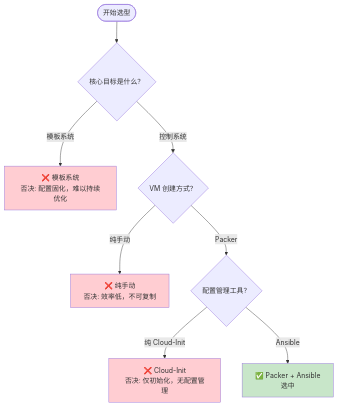
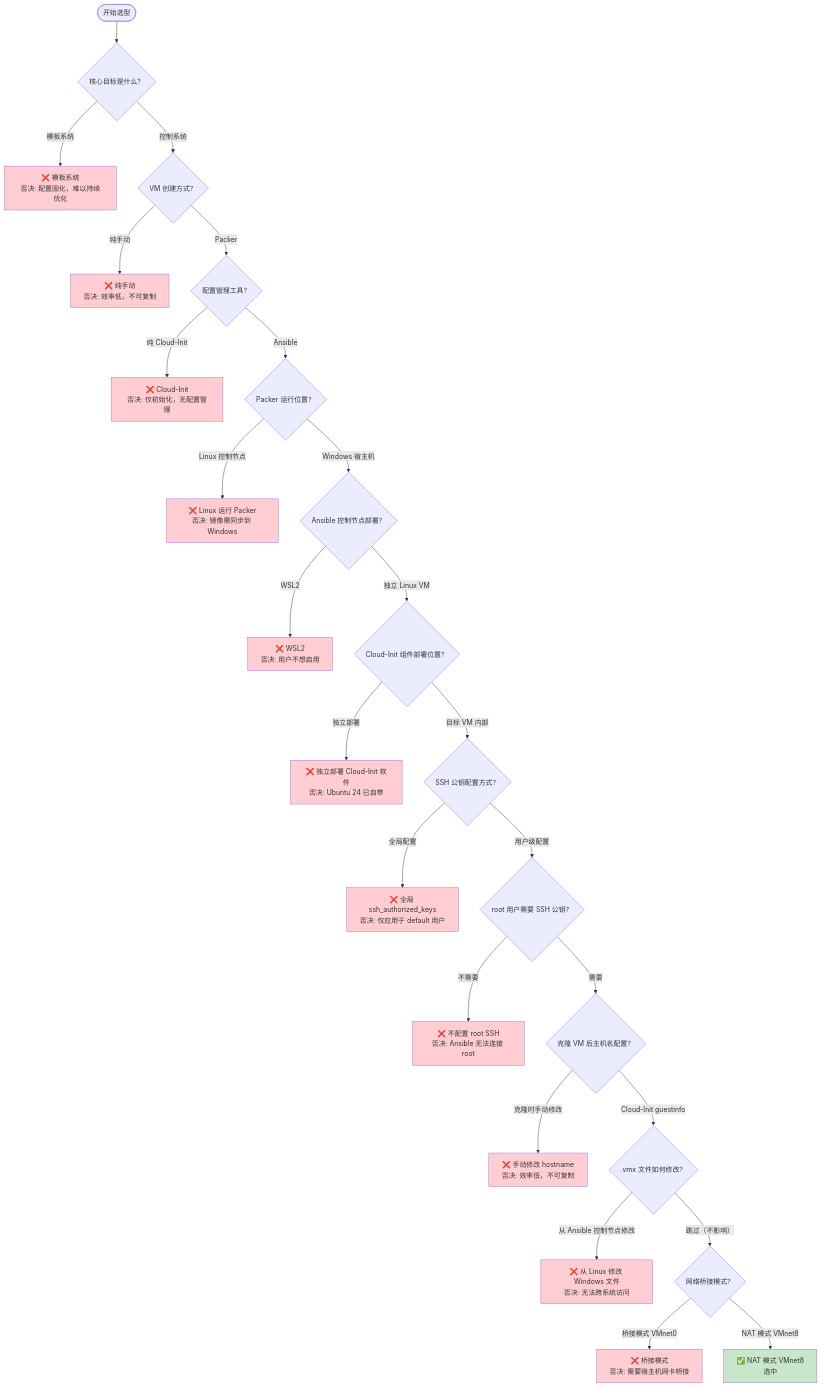
The diagram in doc/decision-trees/2026-05-13-VMware自动化方案测试决策树.md (chujun/aiubuntu1-sh), drawn with Mermaid before and after one commit. The commit also changed other lines of this file, not shown here.

````diff
--- a/doc/decision-trees/2026-05-13-VMware自动化方案测试决策树.md
+++ b/doc/decision-trees/2026-05-13-VMware自动化方案测试决策树.md
@@ -12,21 +35,61 @@
 ```mermaid
 flowchart TD
     START(["开始选型"]) --> Q1
 
     Q1{"核心目标是什么？"}
     Q1 -->|"模板系统"| TEMPLATE_END["❌ 模板系统<br/>否决: 配置固化，难以持续优化"]
     Q1 -->|"控制系统"| Q2
 
     Q2{"VM 创建方式？"}
     Q2 -->|"纯手动"| MANUAL_END["❌ 纯手动<br/>否决: 效率低，不可复制"]
     Q2 -->|"Packer"| Q3
 
     Q3{"配置管理工具？"}
     Q3 -->|"纯 Cloud-Init"| CLOUDINIT_END["❌ Cloud-Init<br/>否决: 仅初始化，无配置管理"]
-    Q3 -->|"Ansible"| FINAL["✅ Packer + Ansible<br/>选中"]
+    Q3 -->|"Ansible"| Q4
+
+    Q4{"Packer 运行位置？"}
+    Q4 -->|"Linux 控制节点"| PACKER_LINUX_END["❌ Linux 运行 Packer<br/>否决: 镜像需同步到 Windows"]
+    Q4 -->|"Windows 宿主机"| Q5
+
+    Q5{"Ansible 控制节点部署？"}
+    Q5 -->|"WSL2"| WSL_END["❌ WSL2<br/>否决: 用户不想启用"]
+    Q5 -->|"独立 Linux VM"| Q6
+
+    Q6{"Cloud-Init 组件部署位置？"}
+    Q6 -->|"独立部署"| CLOUDINIT_SEP_END["❌ 独立部署 Cloud-Init 软件<br/>否决: Ubuntu 24 已自带"]
+    Q6 -->|"目标 VM 内部"| Q7
+
+    Q7{"SSH 公钥配置方式？"}
+    Q7 -->|"全局配置"| GLOBAL_SSH_END["❌ 全局 ssh_authorized_keys<br/>否决: 仅应用于 default 用户"]
+    Q7 -->|"用户级配置"| Q8
+
+    Q8{"root 用户需要 SSH 公钥？"}
+    Q8 -->|"不需要"| ROOT_SSH_SKIP["❌ 不配置 root SSH<br/>否决: Ansible 无法连接 root"]
+    Q8 -->|"需要"| Q9
+
+    Q9{"克隆 VM 后主机名配置？"}
+    Q9 -->|"克隆时手动修改"| CLONE_MANUAL_END["❌ 手动修改 hostname<br/>否决: 效率低，不可复制"]
+    Q9 -->|"Cloud-Init guestinfo"| Q10
+
+    Q10{".vmx 文件如何修改？"}
+    Q10 -->|"从 Ansible 控制节点修改"| VMX_ANSIBLE_END["❌ 从 Linux 修改 Windows 文件<br/>否决: 无法跨系统访问"]
+    Q10 -->|"跳过（不影响）"| Q11
+
+    Q11{"网络桥接模式？"}
+    Q11 -->|"桥接模式 VMnet0"| BRIDGE_END["❌ 桥接模式<br/>否决: 需要宿主机网卡桥接"]
+    Q11 -->|"NAT 模式 VMnet8"| FINAL["✅ NAT 模式 VMnet8<br/>选中"]
 
     style TEMPLATE_END fill:#ffcdd2
     style MANUAL_END fill:#ffcdd2
     style CLOUDINIT_END fill:#ffcdd2
+    style PACKER_LINUX_END fill:#ffcdd2
+    style WSL_END fill:#ffcdd2
+    style CLOUDINIT_SEP_END fill:#ffcdd2
+    style GLOBAL_SSH_END fill:#ffcdd2
+    style ROOT_SSH_SKIP fill:#ffcdd2
+    style CLONE_MANUAL_END fill:#ffcdd2
+    style VMX_ANSIBLE_END fill:#ffcdd2
+    style BRIDGE_END fill:#ffcdd2
     style FINAL fill:#c8e6c9
 ```
````
